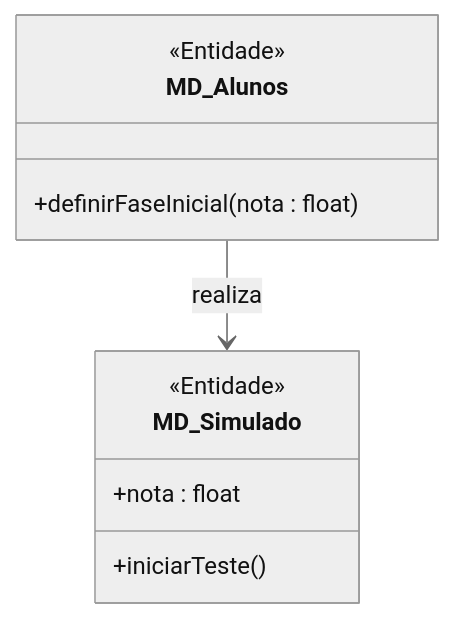
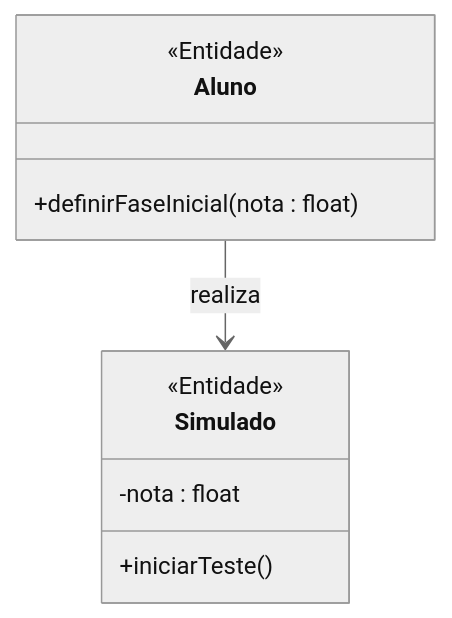
One commit to MayconDIS/PIM_III-Documentacao_UML changed the fifth of 30 diagrams in 01_Relatorios_e_Dashboard/DASHBOARD_VISUAL.md. Above: the diagram before and after it, drawn with Mermaid (neutral theme). The commit also changed other lines of this file and 234 other files, not shown here.

````diff
--- a/01_Relatorios_e_Dashboard/DASHBOARD_VISUAL.md
+++ b/01_Relatorios_e_Dashboard/DASHBOARD_VISUAL.md
@@ -123,13 +120,13 @@
 ```mermaid
 classDiagram
-    class MD_Alunos {
+    class Aluno {
         <<Entidade>>
         +definirFaseInicial(nota : float)
     }
-    class MD_Simulado {
+    class Simulado {
         <<Entidade>>
-        +nota : float
+        -nota : float
         +iniciarTeste()
     }
-    MD_Alunos --> MD_Simulado : realiza
+    Aluno --> Simulado : realiza
 ```
````
